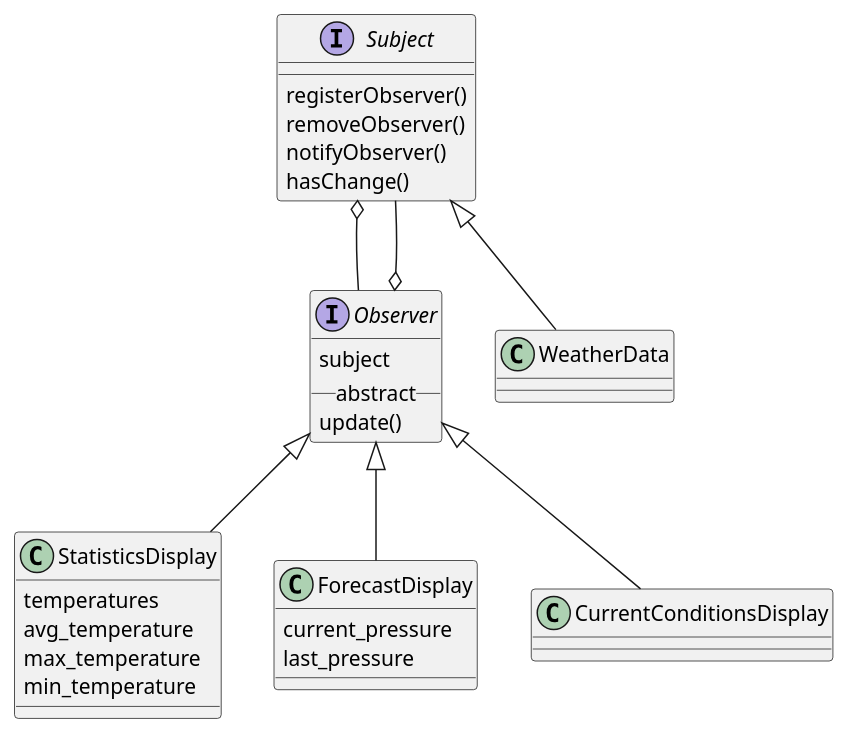
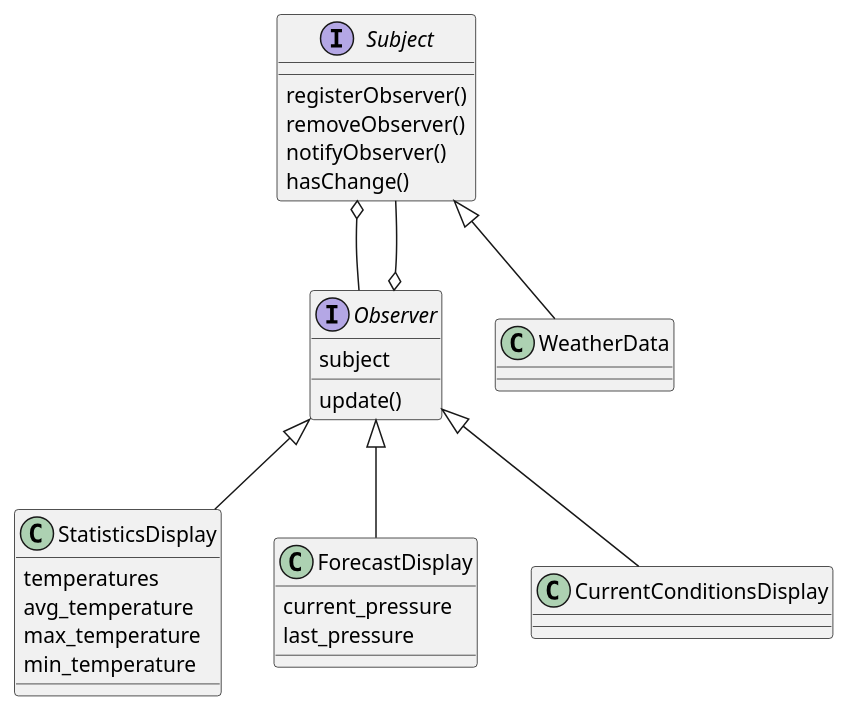
One commit to gama79530/DesignPattern changed the diagram in ObserverPattern/ObserverPattern.puml. Above: the diagram before and after it, drawn with PlantUML.

Commit message:
update Observer Pattern

```diff
--- a/ObserverPattern/ObserverPattern.puml
+++ b/ObserverPattern/ObserverPattern.puml
@@ -1,38 +1,37 @@
 @startuml
 
 interface Subject{
     registerObserver()
     removeObserver()
     notifyObserver()
     hasChange()
 }
 
 interface Observer{
     subject
-    __ abstract __
     update()
 }
 
 class StatisticsDisplay{
     temperatures
     avg_temperature
     max_temperature
     min_temperature
 }
 
 class ForecastDisplay{
     current_pressure
     last_pressure
 }
 
 
 Subject <|-- WeatherData
 
 Observer <|-- CurrentConditionsDisplay
 Observer <|-- StatisticsDisplay
 Observer <|-- ForecastDisplay
 
 Subject o-- Observer
 Observer o-- Subject
 
 @enduml
```
